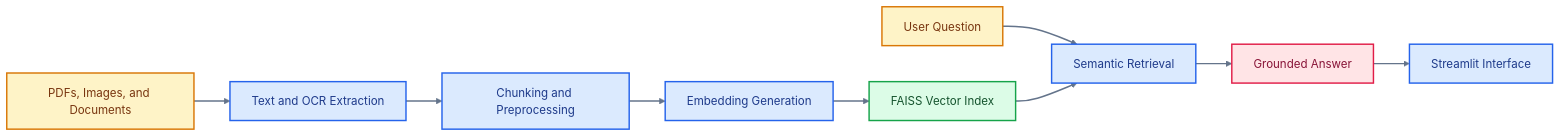
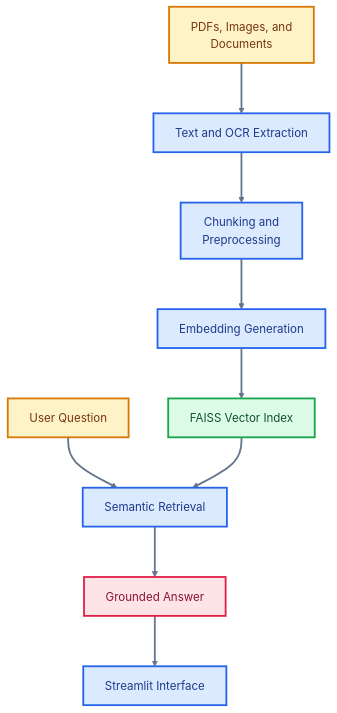
The diagram in README.md (skx56/Docuquery), drawn with Mermaid before and after one commit.

Commit message:
Make README architecture diagram vertical

````diff
--- a/README.md
+++ b/README.md
@@ -31,22 +31,23 @@
 ```mermaid
-flowchart LR
-  Documents["PDFs, Images, and Documents"] --> Extractor["Text and OCR Extraction"]
-  Extractor --> Chunks["Chunking and Preprocessing"]
+%%{init: {"flowchart": {"nodeSpacing": 55, "rankSpacing": 70, "curve": "basis"}, "themeVariables": {"fontSize": "16px", "fontFamily": "Inter, ui-sans-serif, system-ui, -apple-system, BlinkMacSystemFont, Segoe UI, sans-serif"}}}%%
+flowchart TD
+  Documents["PDFs, Images, and<br/>Documents"] --> Extractor["Text and OCR Extraction"]
+  Extractor --> Chunks["Chunking and<br/>Preprocessing"]
   Chunks --> Embeddings["Embedding Generation"]
   Embeddings --> FAISS["FAISS Vector Index"]
   Question["User Question"] --> Retrieval["Semantic Retrieval"]
   FAISS --> Retrieval
   Retrieval --> Answer["Grounded Answer"]
   Answer --> Streamlit["Streamlit Interface"]
 
-  classDef inputs fill:#FEF3C7,stroke:#D97706,color:#78350F,stroke-width:2px;
-  classDef process fill:#DBEAFE,stroke:#2563EB,color:#1E3A8A,stroke-width:2px;
-  classDef data fill:#DCFCE7,stroke:#16A34A,color:#14532D,stroke-width:2px;
-  classDef agent fill:#F3E8FF,stroke:#9333EA,color:#581C87,stroke-width:2px;
-  classDef output fill:#FFE4E6,stroke:#E11D48,color:#881337,stroke-width:2px;
+  classDef inputs fill:#FEF3C7,stroke:#D97706,color:#78350F,stroke-width:2.5px;
+  classDef process fill:#DBEAFE,stroke:#2563EB,color:#1E3A8A,stroke-width:2.5px;
+  classDef data fill:#DCFCE7,stroke:#16A34A,color:#14532D,stroke-width:2.5px;
+  classDef agent fill:#F3E8FF,stroke:#9333EA,color:#581C87,stroke-width:2.5px;
+  classDef output fill:#FFE4E6,stroke:#E11D48,color:#881337,stroke-width:2.5px;
   class Documents,Question inputs;
   class Extractor,Chunks,Embeddings,Retrieval,Streamlit process;
   class FAISS data;
   class Answer output;
-  linkStyle default stroke:#64748B,stroke-width:2px;
+  linkStyle default stroke:#64748B,stroke-width:2.5px;
 ```
````
